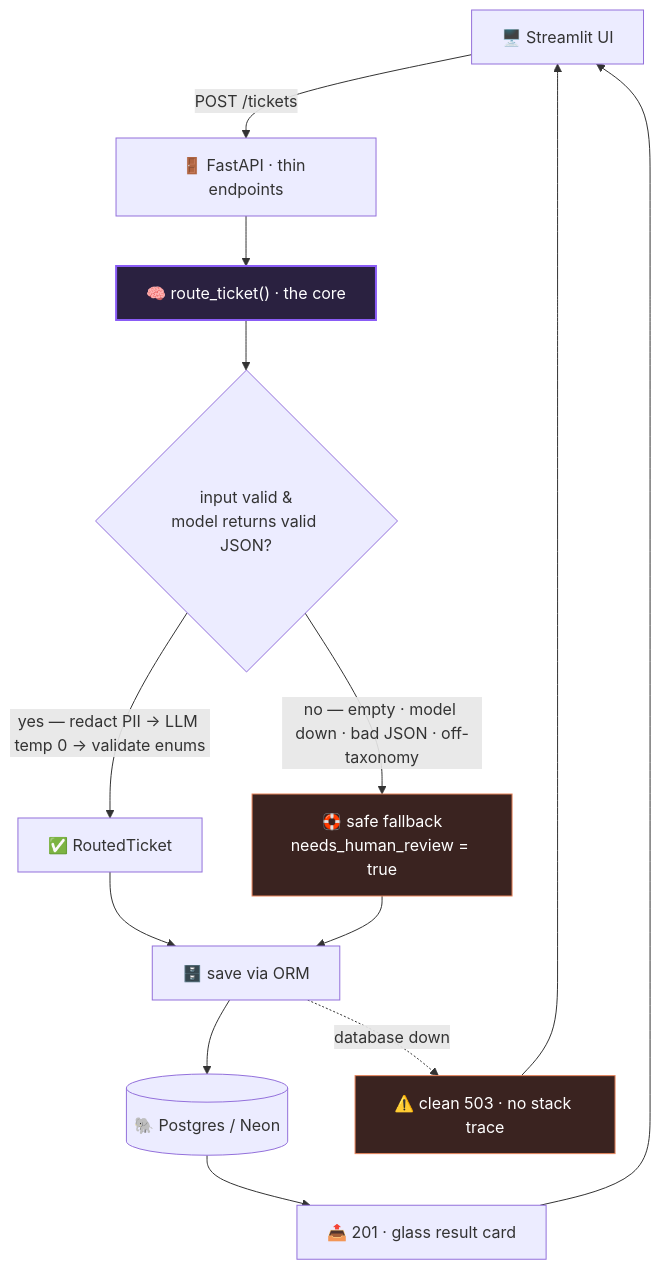
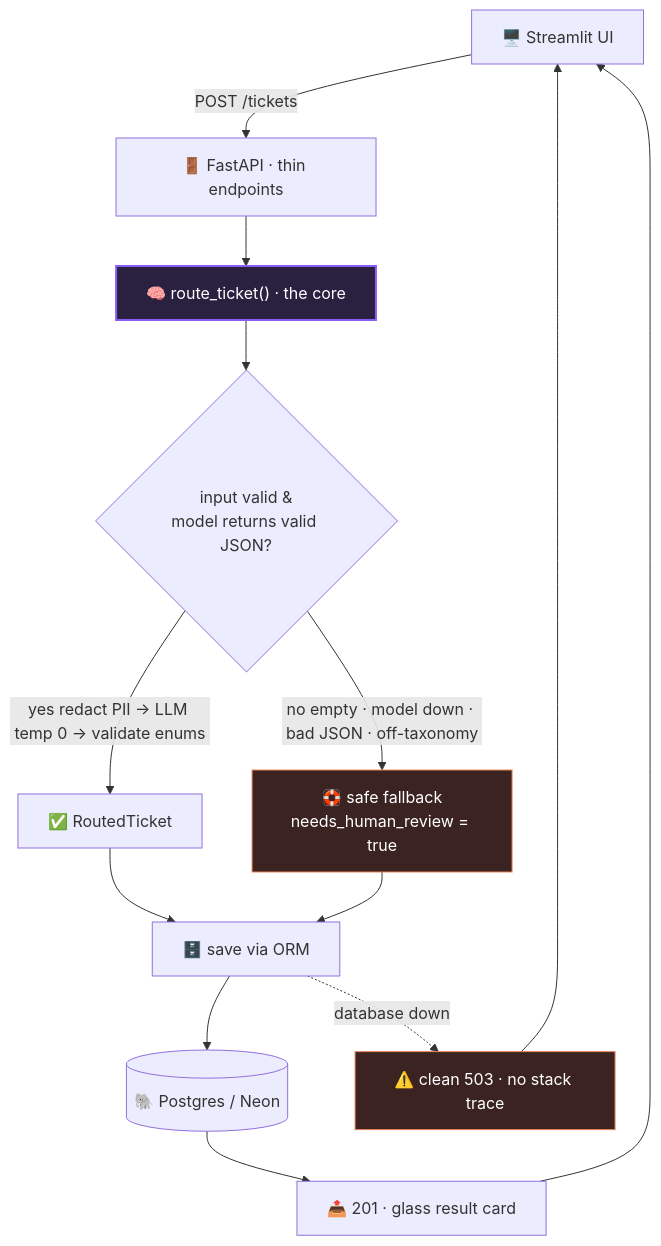
Before and after one commit to shahbhavya7/Odyssey-STR: the first of 2 diagrams in README.md, drawn with Mermaid. The commit also changed other lines of this file and 56 other files, not shown here.

````diff
--- a/README.md
+++ b/README.md
@@ -58,23 +58,23 @@
 ```mermaid
 flowchart TB
     U["🖥️ Streamlit UI"] -->|POST /tickets| A["🚪 FastAPI · thin endpoints"]
     A --> C["🧠 route_ticket() · the core"]
     C --> G{"input valid &<br/>model returns valid JSON?"}
 
-    G -->|"yes — redact PII → LLM temp 0 → validate enums"| OK["✅ RoutedTicket"]
-    G -->|"no — empty · model down · bad JSON · off-taxonomy"| FB["🛟 safe fallback<br/>needs_human_review = true"]
+    G -->|"yes redact PII → LLM temp 0 → validate enums"| OK["✅ RoutedTicket"]
+    G -->|"no empty · model down · bad JSON · off-taxonomy"| FB["🛟 safe fallback<br/>needs_human_review = true"]
 
     OK --> S["🗄️ save via ORM"]
     FB --> S
     S --> DB[("🐘 Postgres / Neon")]
     S -. "database down" .-> E["⚠️ clean 503 · no stack trace"]
 
     DB --> R["📤 201 · glass result card"]
     R --> U
     E --> U
 
     classDef core fill:#2a2140,stroke:#8A5CF6,stroke-width:2px,color:#fff;
     classDef fail fill:#3a2320,stroke:#E8845B,color:#fff;
     class C core;
     class FB,E fail;
 ```
````
